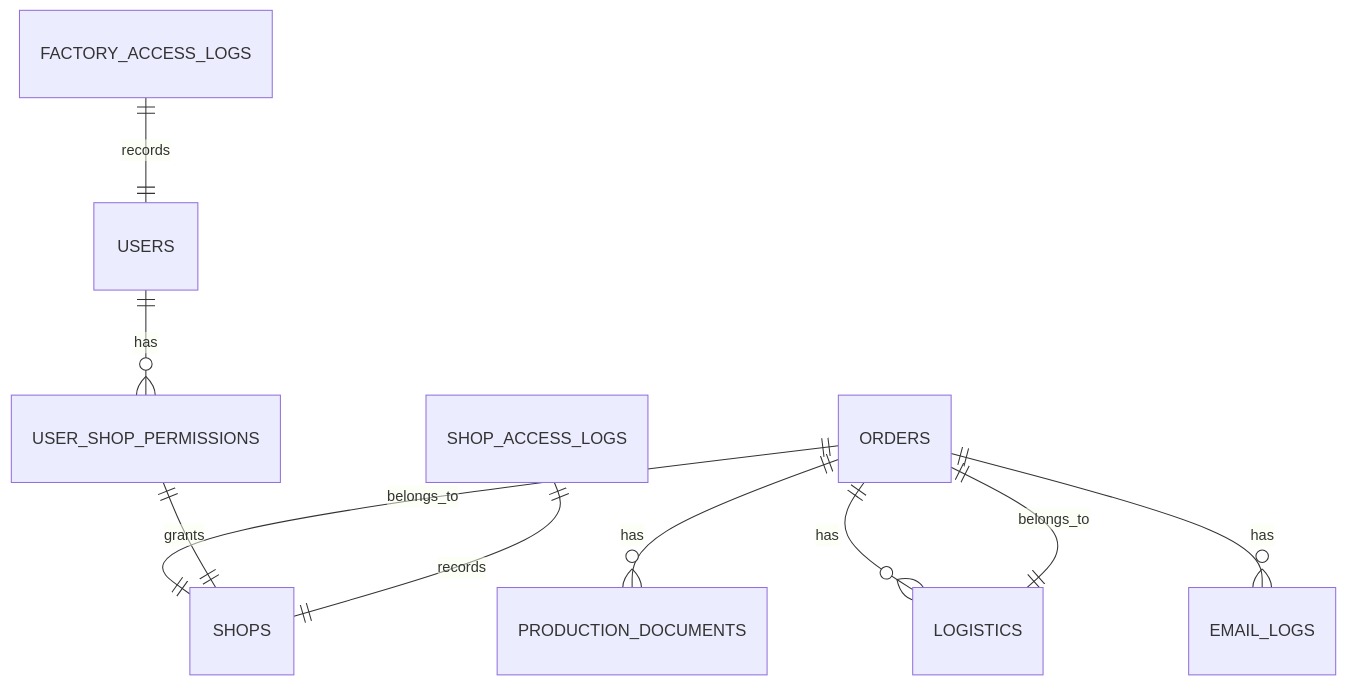
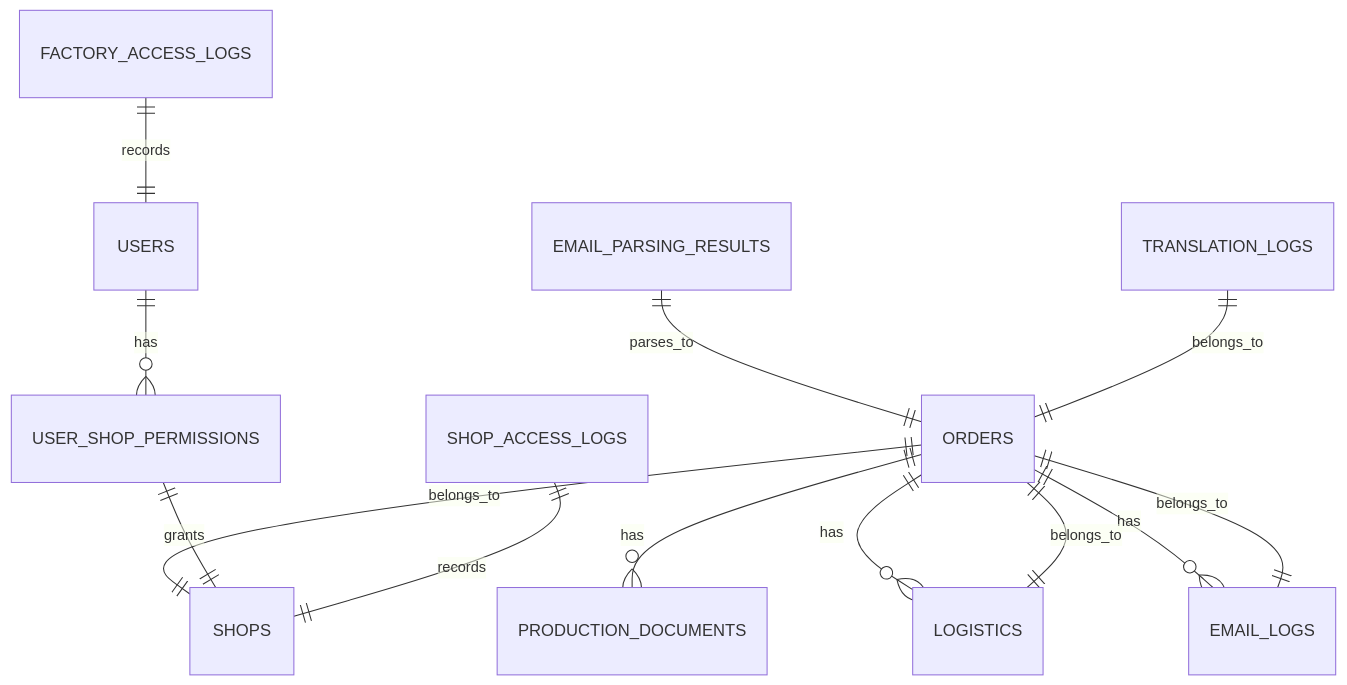
Diagram 14 of 14 in .qoder/repowiki/zh/content/开发指南/前后端API对接文档.md (SY6621/POD-Order-Management), drawn with Mermaid before and after one commit. The commit also changed other lines of this file and 20 other files, not shown here.

````diff
--- a/.qoder/repowiki/zh/content/开发指南/前后端API对接文档.md
+++ b/.qoder/repowiki/zh/content/开发指南/前后端API对接文档.md
@@ -1519,12 +2341,15 @@
 ```mermaid
 erDiagram
 ORDERS ||--o{ PRODUCTION_DOCUMENTS : "has"
 ORDERS ||--o{ LOGISTICS : "has"
 ORDERS ||--o{ EMAIL_LOGS : "has"
 ORDERS ||--|| SHOPS : "belongs_to"
+EMAIL_PARSING_RESULTS ||--|| ORDERS : "parses_to"
 USERS ||--o{ USER_SHOP_PERMISSIONS : "has"
 USER_SHOP_PERMISSIONS ||--|| SHOPS : "grants"
 SHOP_ACCESS_LOGS ||--|| SHOPS : "records"
 FACTORY_ACCESS_LOGS ||--|| USERS : "records"
 LOGISTICS ||--|| ORDERS : "belongs_to"
+EMAIL_LOGS ||--|| ORDERS : "belongs_to"
+TRANSLATION_LOGS ||--|| ORDERS : "belongs_to"
 ```
````
